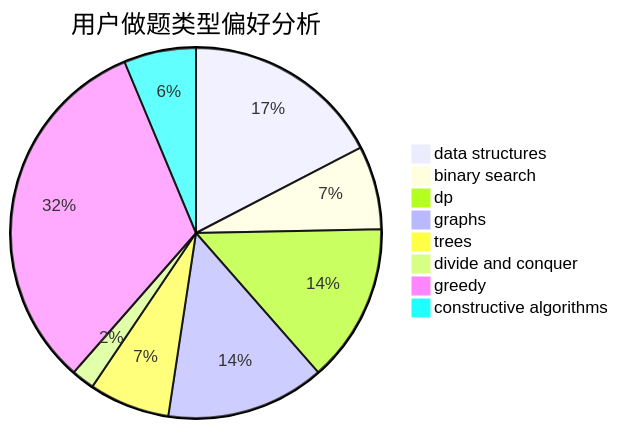
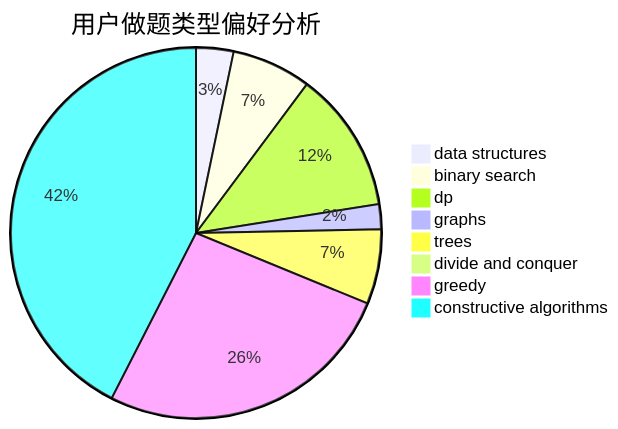
Before and after one commit to sherpahu/cfrs.github.io: the second of 3 diagrams in docs/user/u1091.md, drawn with Mermaid. The commit also changed other lines of this file and 2770 other files, not shown here.

````diff
--- a/docs/user/u1091.md
+++ b/docs/user/u1091.md
@@ -23,11 +23,11 @@
 ```mermaid
 pie title 用户做题类型偏好分析
-    "data structures" :  69
-    "binary search" :  29
-    "dp" :  55
-    "graphs" :  55
-    "trees" :  28
-    "divide and conquer" :  8
-    "greedy" :  128
-    "constructive algorithms" :  25
+    "data structures" :  48
+    "binary search" :  102
+    "dp" :  181
+    "graphs" :  32
+    "trees" :  96
+    "divide and conquer" :  0
+    "greedy" :  387
+    "constructive algorithms" :  625
 ```
````
